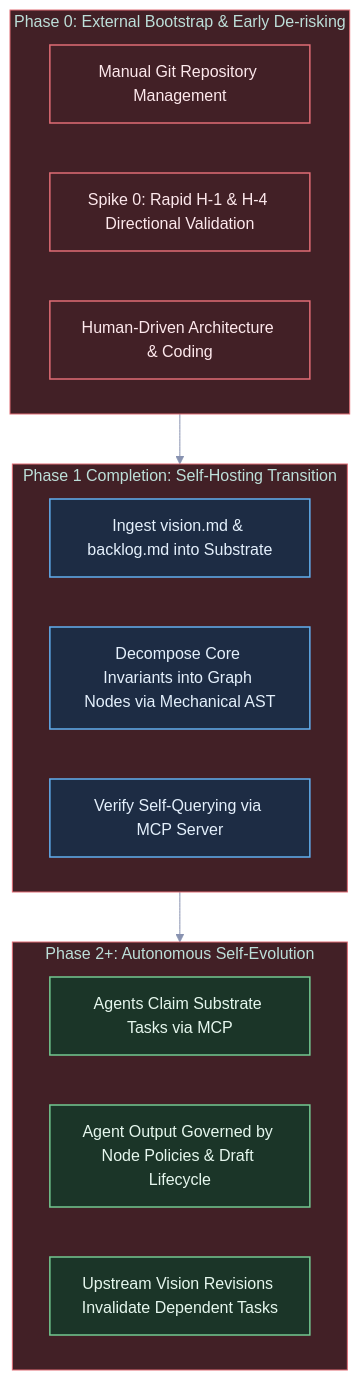
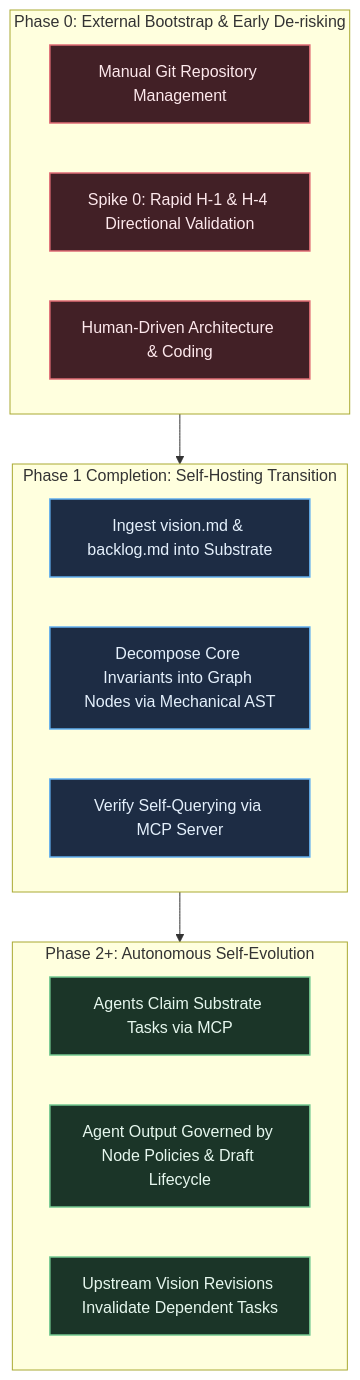
One commit to Shapedsundew9/tks changed the second of 3 diagrams in docs/vision/strategic-planning-backlog.md. Above: the diagram before and after it, drawn with Mermaid. The commit also changed other lines of this file and 8 other files, not shown here.

````diff
--- a/docs/vision/strategic-planning-backlog.md
+++ b/docs/vision/strategic-planning-backlog.md
@@ -135,44 +148,54 @@
 ```mermaid
 %%{init: {
   'theme': 'base',
   'themeVariables': {
     'darkMode': true,
     'background': '#161922',
     'mainBkg': '#1e2230',
     'nodeBorder': '#434c5e',
     'textColor': '#e2e8f0',
-    'fontFamily': 'ui-sans-serif, system-ui, sans-serif',
+    'fontFamily': 'ui-sans-serif, system-ui, -apple-system, BlinkMacSystemFont, "Segoe UI", Roboto, "Helvetica Neue", Arial, sans-serif',
+    'fontSize': '14px',
     'lineColor': '#8892b0',
-    'primaryColor': '#1b3528',
-    'primaryBorderColor': '#73c991',
-    'secondaryColor': '#1d2c44',
-    'secondaryBorderColor': '#61afef',
-    'tertiaryColor': '#422026',
-    'tertiaryBorderColor': '#e06c75'
+    'primaryColor': '#422026',
+    'primaryTextColor': '#fde8ec',
+    'primaryBorderColor': '#e06c75',
+    'secondaryColor': '#1b3528',
+    'secondaryTextColor': '#e6f7ee',
+    'secondaryBorderColor': '#73c991',
+    'tertiaryColor': '#1d2c44',
+    'tertiaryTextColor': '#e4f0fc',
+    'tertiaryBorderColor': '#61afef',
+    'clusterBkg': '#13161f',
+    'clusterBorder': '#373e51',
+    'noteBkgColor': '#2e271a',
+    'noteTextColor': '#fdf4db',
+    'noteBorderColor': '#e5c07b',
+    'edgeLabelBackground': '#1a1d27'
   }
 }}%%
 flowchart TD
-    classDef external fill:#422026,stroke:#e06c75,stroke-width:1.5px,color:#fde8ec;
-    classDef transition fill:#1d2c44,stroke:#61afef,stroke-width:1.5px,color:#e4f0fc;
-    classDef internal fill:#1b3528,stroke:#73c991,stroke-width:1.5px,color:#e6f7ee;
+    classDef primary fill:#422026,stroke:#e06c75,stroke-width:1.5px,color:#fde8ec;
+    classDef secondary fill:#1b3528,stroke:#73c991,stroke-width:1.5px,color:#e6f7ee;
+    classDef tertiary fill:#1d2c44,stroke:#61afef,stroke-width:1.5px,color:#e4f0fc;
 
     subgraph Phase0["Phase 0: External Bootstrap & Early De-risking"]
-        E1["Manual Git Repository Management"]:::external
-        E2["Spike 0: Rapid H-1 & H-4 Directional Validation"]:::external
-        E3["Human-Driven Architecture & Coding"]:::external
+        E1["Manual Git Repository Management"]:::primary
+        E2["Spike 0: Rapid H-1 & H-4 Directional Validation"]:::primary
+        E3["Human-Driven Architecture & Coding"]:::primary
     end
 
     subgraph Transition["Phase 1 Completion: Self-Hosting Transition"]
-        T1["Ingest vision.md & backlog.md into Substrate"]:::transition
-        T2["Decompose Core Invariants into Graph Nodes via Mechanical AST"]:::transition
-        T3["Verify Self-Querying via MCP Server"]:::transition
+        T1["Ingest vision.md & backlog.md into Substrate"]:::tertiary
+        T2["Decompose Core Invariants into Graph Nodes via Mechanical AST"]:::tertiary
+        T3["Verify Self-Querying via MCP Server"]:::tertiary
     end
 
     subgraph Phase2Plus["Phase 2+: Autonomous Self-Evolution"]
-        I1["Agents Claim Substrate Tasks via MCP"]:::internal
-        I2["Agent Output Governed by Node Policies & Draft Lifecycle"]:::internal
-        I3["Upstream Vision Revisions Invalidate Dependent Tasks"]:::internal
+        I1["Agents Claim Substrate Tasks via MCP"]:::secondary
+        I2["Agent Output Governed by Node Policies & Draft Lifecycle"]:::secondary
+        I3["Upstream Vision Revisions Invalidate Dependent Tasks"]:::secondary
     end
 
     Phase0 --> Transition --> Phase2Plus
 ```
````
